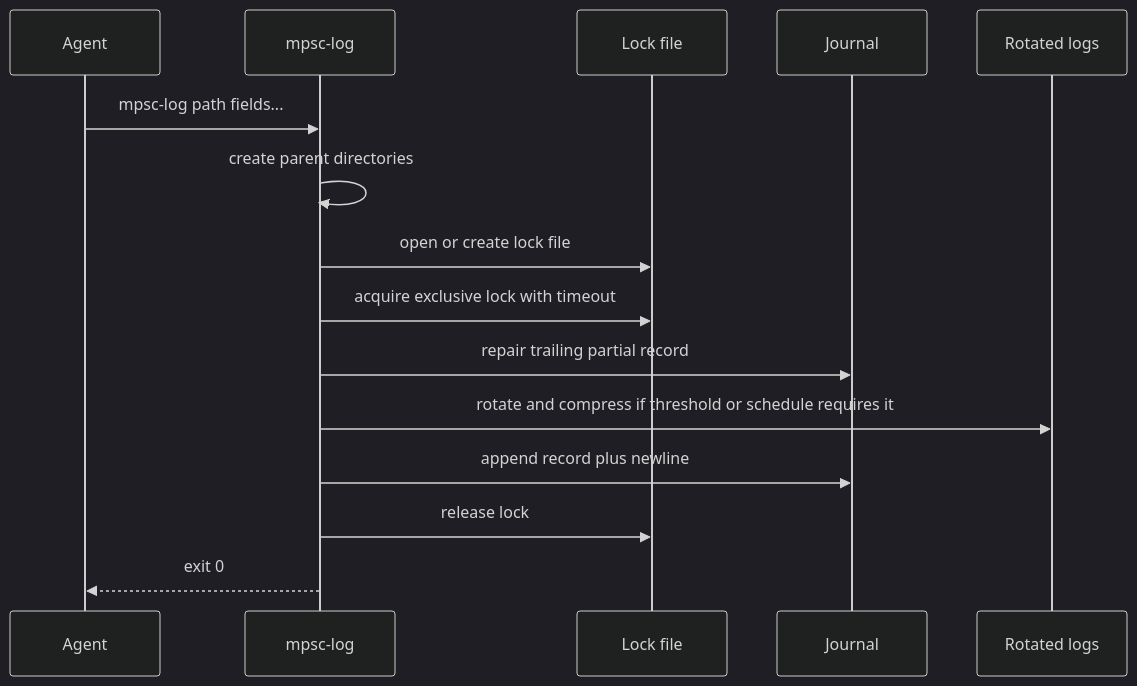
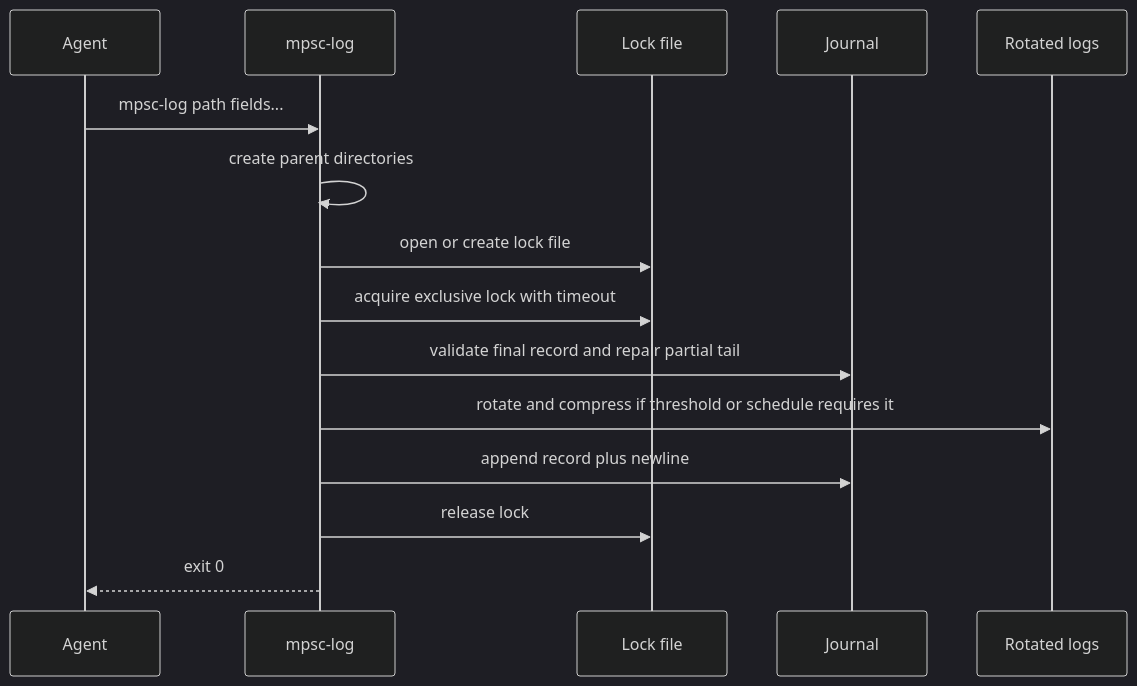
The second of 2 diagrams in docs/mpsc-log-design.md (leynos/mpsc-log), drawn with Mermaid (dark theme) before and after one commit. The commit also changed other lines of this file and 5 other files, not shown here.

````diff
--- a/docs/mpsc-log-design.md
+++ b/docs/mpsc-log-design.md
@@ -213,18 +213,18 @@
 ```mermaid
 sequenceDiagram
     participant A as Agent
     participant M as mpsc-log
     participant L as Lock file
     participant J as Journal
     participant R as Rotated logs
 
     A->>M: mpsc-log path fields...
     M->>M: create parent directories
     M->>L: open or create lock file
     M->>L: acquire exclusive lock with timeout
-    M->>J: repair trailing partial record
+    M->>J: validate final record and repair partial tail
     M->>R: rotate and compress if threshold or schedule requires it
     M->>J: append record plus newline
     M->>L: release lock
     M-->>A: exit 0
 ```
````
